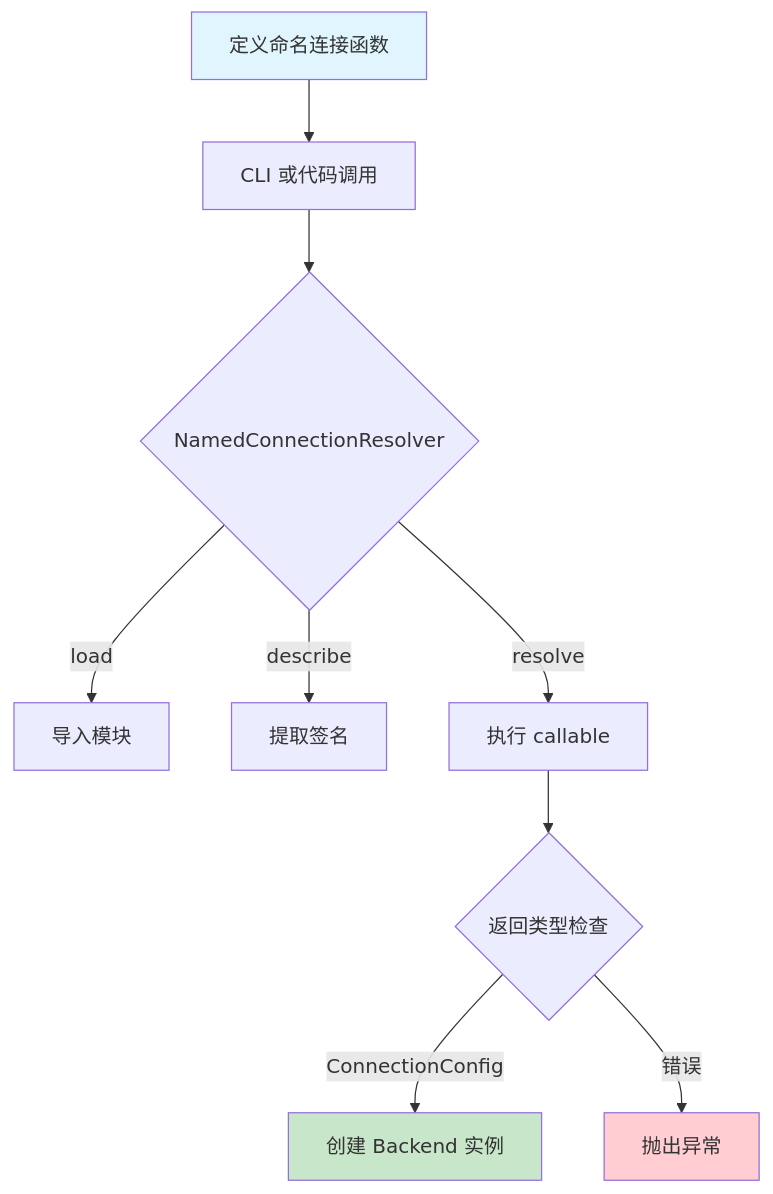
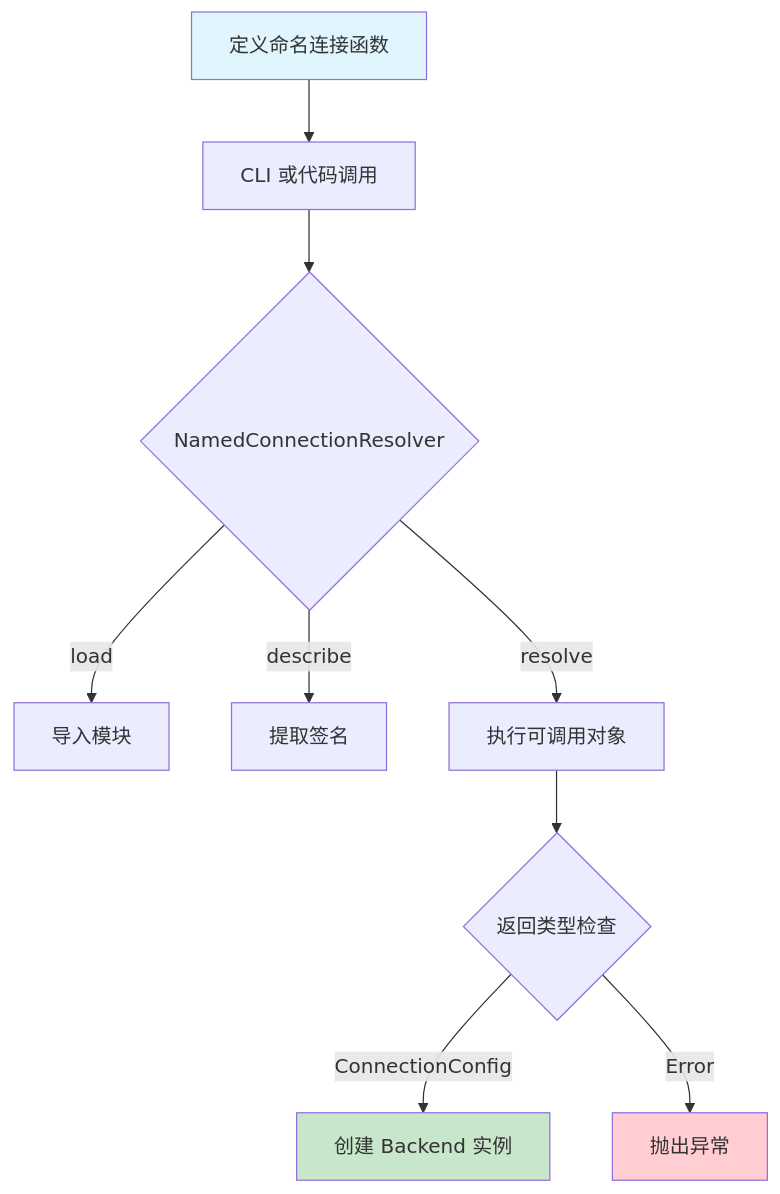
The third of 4 diagrams in docs/zh_CN/backend/named_connection.md (rhosocial/python-activerecord), drawn with Mermaid before and after one commit. The commit also changed other lines of this file and 88 other files, not shown here.

````diff
--- a/docs/zh_CN/backend/named_connection.md
+++ b/docs/zh_CN/backend/named_connection.md
@@ -528,15 +566,15 @@
 ```mermaid
 flowchart TD
     A[定义命名连接函数] --> B[CLI 或代码调用]
-    B --> C{"NamedConnectionResolver"}
+    B --> C{NamedConnectionResolver}
     C -->|load| D[导入模块]
     C -->|describe| E[提取签名]
-    C -->|resolve| F[执行 callable]
-    F --> G{"返回类型检查"}
+    C -->|resolve| F[执行可调用对象]
+    F --> G{返回类型检查}
     G -->|ConnectionConfig| H[创建 Backend 实例]
-    G -->|错误| I[抛出异常]
+    G -->|Error| I[抛出异常]
     
     style A fill:#e1f5fe
     style H fill:#c8e6c9
     style I fill:#ffcdd2
 ```
````
